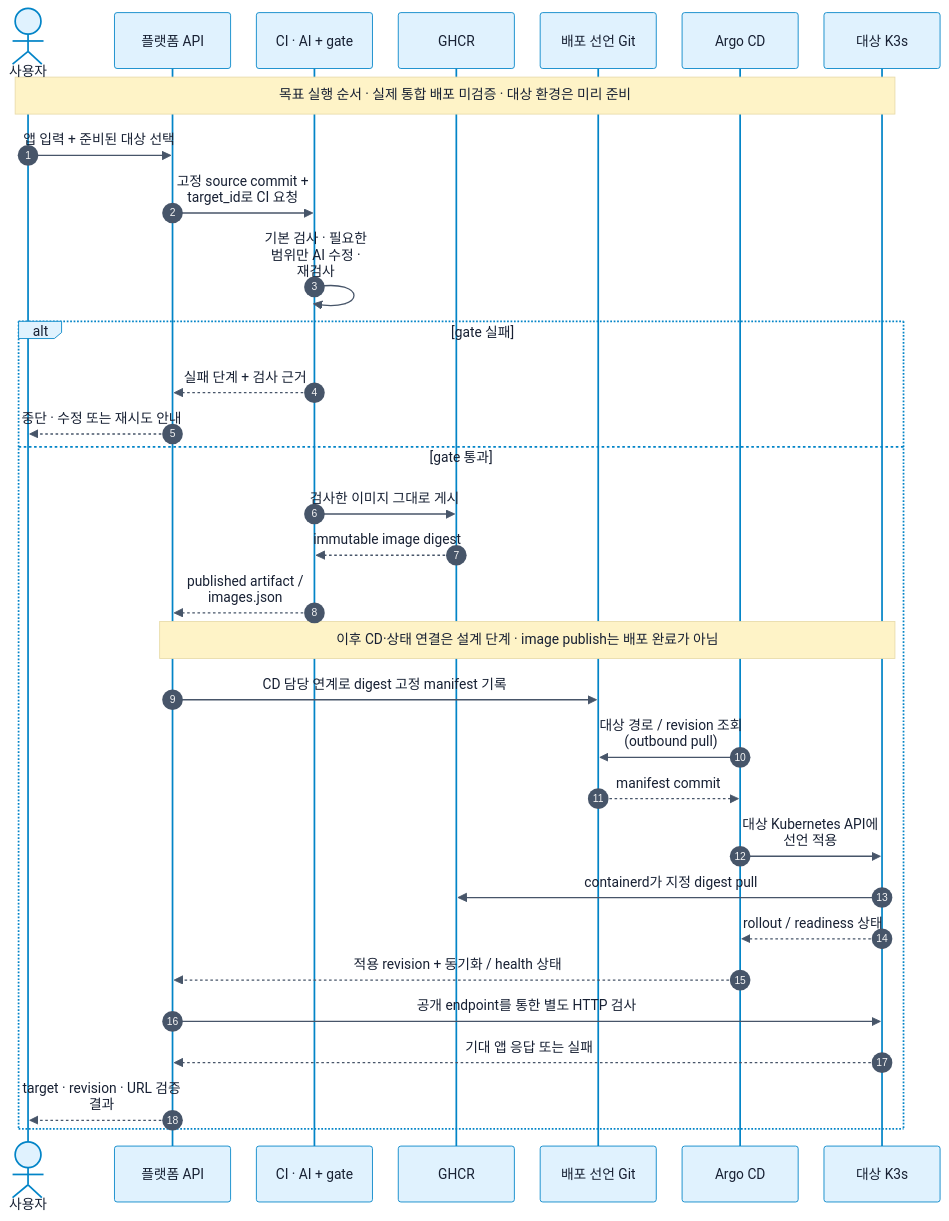
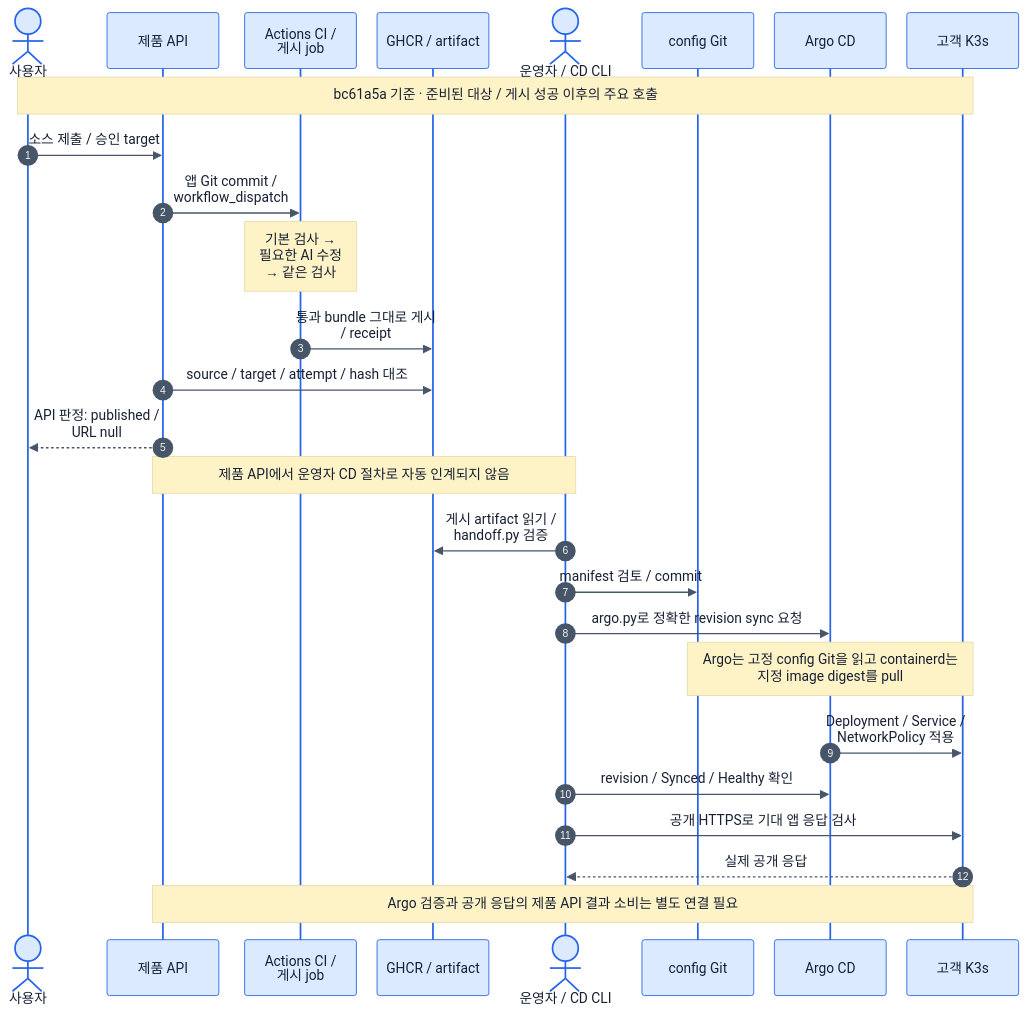
Before and after one commit to Jasmin-Softbank/Railshot: the diagram in docs/architecture/diagrams/deployment-sequence.mmd, drawn with Mermaid. The commit also changed 22 other files, not shown here.

Commit message:
docs: align architecture diagrams with integrated runtime contracts

```diff
--- a/docs/architecture/diagrams/deployment-sequence.mmd
+++ b/docs/architecture/diagrams/deployment-sequence.mmd
@@ -1,33 +1,28 @@
-%%{init: {"theme":"base","fontFamily":"Arial,sans-serif","themeVariables":{"fontFamily":"Arial,sans-serif","fontSize":"15px","primaryColor":"#e0f2fe","primaryBorderColor":"#0284c7","primaryTextColor":"#172033","signalColor":"#475569","noteBkgColor":"#fef3c7","noteTextColor":"#172033"},"sequence":{"actorMargin":30,"messageMargin":28,"noteMargin":12,"wrap":true,"width":135}}}%%
+%%{init: {"theme":"base","themeVariables":{"fontFamily":"Arial, Apple SD Gothic Neo, sans-serif","fontSize":"16px","primaryColor":"#dbeafe","primaryBorderColor":"#2563eb","primaryTextColor":"#172033","signalColor":"#475569","noteBkgColor":"#fef3c7","noteTextColor":"#172033"},"sequence":{"actorMargin":24,"messageMargin":24,"noteMargin":12,"wrap":true,"width":130}}}%%
 sequenceDiagram
-  autonumber
-  actor U as 사용자
-  participant API as 플랫폼 API
-  participant CI as CI · AI + gate
-  participant REG as GHCR
-  participant GIT as 배포 선언 Git
-  participant CD as Argo CD
-  participant K as 대상 K3s
-  Note over U,K: 목표 실행 순서 · 실제 통합 배포 미검증 · 대상 환경은 미리 준비
-  U->>API: 앱 입력 + 준비된 대상 선택
-  API->>CI: 고정 source commit + target_id로 CI 요청
-  CI->>CI: 기본 검사 · 필요한 범위만 AI 수정 · 재검사
-  alt gate 실패
-    CI-->>API: 실패 단계 + 검사 근거
-    API-->>U: 중단 · 수정 또는 재시도 안내
-  else gate 통과
-    CI->>REG: 검사한 이미지 그대로 게시
-    REG-->>CI: immutable image digest
-    CI-->>API: published artifact / images.json
-    Note over API,K: 이후 CD·상태 연결은 설계 단계 · image publish는 배포 완료가 아님
-    API->>GIT: CD 담당 연계로 digest 고정 manifest 기록
-    CD->>GIT: 대상 경로 / revision 조회 (outbound pull)
-    GIT-->>CD: manifest commit
-    CD->>K: 대상 Kubernetes API에 선언 적용
-    K->>REG: containerd가 지정 digest pull
-    K-->>CD: rollout / readiness 상태
-    CD-->>API: 적용 revision + 동기화 / health 상태
-    API->>K: 공개 endpoint를 통한 별도 HTTP 검사
-    K-->>API: 기대 앱 응답 또는 실패
-    API-->>U: target · revision · URL 검증 결과
-  end
+ autonumber
+ actor U as 사용자
+ participant A as 제품 API
+ participant CI as Actions CI / 게시 job
+ participant R as GHCR / artifact
+ actor O as 운영자 / CD CLI
+ participant G as config Git
+ participant C as Argo CD
+ participant K as 고객 K3s
+ Note over U,K: bc61a5a 기준 · 준비된 대상 / 게시 성공 이후의 주요 호출
+ U->>A: 소스 제출 / 승인 target
+ A->>CI: 앱 Git commit / workflow_dispatch
+ Note over CI: 기본 검사 → 필요한 AI 수정 → 같은 검사
+ CI->>R: 통과 bundle 그대로 게시 / receipt
+ A->>R: source / target / attempt / hash 대조
+ A-->>U: API 판정: published / URL null
+ Note over A,O: 제품 API에서 운영자 CD 절차로 자동 인계되지 않음
+ O->>R: 게시 artifact 읽기 / handoff.py 검증
+ O->>G: manifest 검토 / commit
+ O->>C: argo.py로 정확한 revision sync 요청
+ Note over G,K: Argo는 고정 config Git을 읽고 containerd는 지정 image digest를 pull
+ C->>K: Deployment / Service / NetworkPolicy 적용
+ O->>C: revision / Synced / Healthy 확인
+ O->>K: 공개 HTTPS로 기대 앱 응답 검사
+ K-->>O: 실제 공개 응답
+ Note over A,K: Argo 검증과 공개 응답의 제품 API 결과 소비는 별도 연결 필요
```
